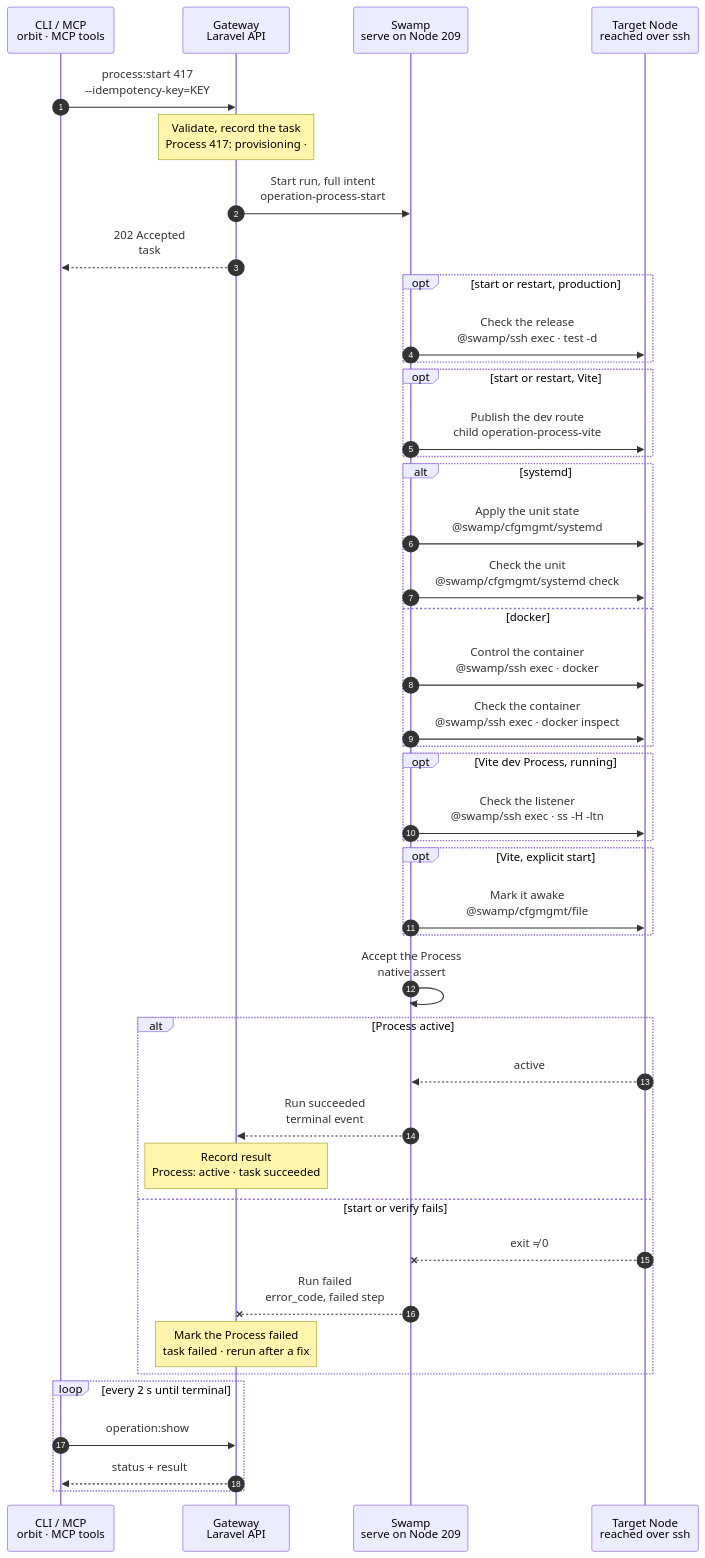
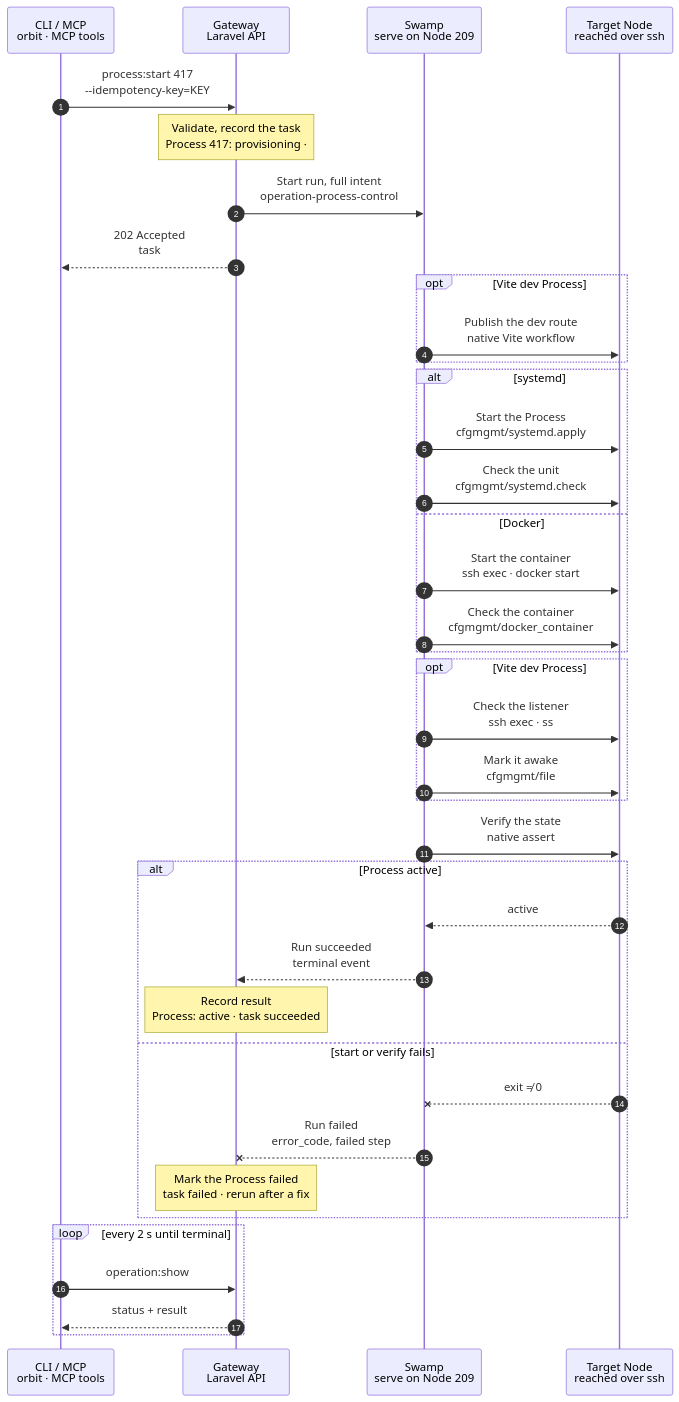
Before and after one commit to hardimpactdev/orbit: the diagram in docs/cli/process/start.mmd, drawn with Mermaid. The commit also changed 63 other files, not shown here.

```diff
--- a/docs/cli/process/start.mmd
+++ b/docs/cli/process/start.mmd
@@ -1,115 +1,96 @@
 sequenceDiagram
   %% Target design: ADR 0244 task, DECISIONS 4 + R1-R4 (process.stop shape: 209, @swamp/ssh, full intent as inputs).
-  %% status: draft
+  %% Tightened: flow-tighten 2026-11-02, rules 1-22 (one cfgmgmt systemd apply, its check as the end check, no shipped scripts; rule 21: only this command's branches).
+  %% status: migrated
   %% command: process:start
   %% kind: process.start
   autonumber
   %% lane CLI icon=terminal pill=caller tone=gray
   %% lane GW icon=gateway pill=intent tone=blue
   %% lane SW icon=workflow pill=executes tone=green
   %% lane N icon=server pill=target tone=amber
   participant CLI as CLI / MCP<br/>orbit · MCP tools
   participant GW as Gateway<br/>Laravel API
   participant SW as Swamp<br/>serve on Node 209
   participant N as Target Node<br/>reached over ssh
   CLI->>GW: process:start 417<br/>--idempotency-key=KEY
   %%> Command:
   %%> - `orbit process:start 417`
   %%> - syntax: `process:start <process> [--idempotency-key=KEY] [--json]`
   %%> Input:
   %%> - the numeric Process ID from `process:list`
   %%> Who can call it:
   %%> - the `orbit` CLI and the MCP tool send the same request
   Note over GW: Validate, record the task<br/>Process 417: provisioning · #5130
   %%> Requirements:
   %%> - your Node has an access grant to the Node that runs Process 417
   %%> - Process 417 exists and is not being removed
-  %%> - the Process can start: it is installed on its Node
+  %%> - a production Process's release is checked against the recorded releases, not on the Node
   %%> Result:
   %%> - task #5130 recorded with the full intent: unit or container name, runtime, on-demand flag, Vite plan
   %%> - Process 417 marked provisioning; its desired state does not change yet
   %%> - nothing has happened on the Node yet
-  GW->>SW: Start run, full intent<br/>operation-process-start
+  GW->>SW: Start run, full intent<br/>operation-process-control
   %%> What it does:
   %%> - starts one Swamp run on serve (Node 209); every step runs there
   %%> Inputs:
   %%> - `kind`: process.start
   %%> - the Process unit or container name, runtime and on-demand flag
   %%> - the Node's address and SSH host keys; the SSH identity comes from the `swamp` role
-  %%> - for a production Instance, its release directory
-  %%> - for a Vite dev Process, the Vite plan and the Caddy publication for its Route
+  %%> Checked by the input schema:
+  %%> - no step reads or re-checks the intent
   GW-->>CLI: 202 Accepted<br/>task #5130
   %%> What you get:
   %%> - the task number, at once
   %%> Next:
   %%> - the CLI follows the task with `operation:show`
-  opt start or restart, production
-    SW->>N: Check the release<br/>@swamp/ssh exec · test -d
-    %%> What it does:
-    %%> - checks the admitted release directory before starting
-  end
-  opt start or restart, Vite
-    SW->>N: Publish the dev route<br/>child operation-process-vite
-    %%> What it does:
-    %%> - prepares the Vite environment and publishes the Route
+  opt Vite dev Process
+    SW->>N: Publish the dev route<br/>native Vite workflow
   end
   alt systemd
-    SW->>N: Apply the unit state<br/>@swamp/cfgmgmt/systemd
-    %%> What it does:
-    %%> - converges boot policy and running state; on-demand starts stay disabled
-    SW->>N: Check the unit<br/>@swamp/cfgmgmt/systemd check
-    %%> Result:
-    %%> - records the running and boot state for the native end check
-  else docker
-    SW->>N: Control the container<br/>@swamp/ssh exec · docker
-    %%> What it does:
-    %%> - starts, stops or restarts the admitted container once
-    SW->>N: Check the container<br/>@swamp/ssh exec · docker inspect
-    %%> Result:
-    %%> - records the container state for the native end check
+    SW->>N: Start the Process<br/>cfgmgmt/systemd.apply
+    SW->>N: Check the unit<br/>cfgmgmt/systemd.check
+  else Docker
+    SW->>N: Start the container<br/>ssh exec · docker start
+    SW->>N: Check the container<br/>cfgmgmt/docker_container
   end
-  opt Vite dev Process, running
-    SW->>N: Check the listener<br/>@swamp/ssh exec · ss -H -ltn
-    %%> Result:
-    %%> - requires a listener before marking the Instance awake; no ownership check
+  opt Vite dev Process
+    SW->>N: Check the listener<br/>ssh exec · ss
+    SW->>N: Mark it awake<br/>cfgmgmt/file
   end
-  opt Vite, explicit start
-    SW->>N: Mark it awake<br/>@swamp/cfgmgmt/file
-    %%> What it does:
-    %%> - creates the awake marker after the Process is running
-  end
-  SW->>SW: Accept the Process<br/>native assert
-  %%> What it does:
-  %%> - accepts only the expected runtime and boot state
+  SW->>N: Verify the state<br/>native assert
+  %%> The pinned checks report compliance; native assert fails the run on drift.
   alt Process active
     N-->>SW: active
     %%> Returns:
     %%> - the Process is active
     SW-->>GW: Run succeeded<br/>terminal event
     %%> How the Gateway learns it:
-    %%> - its shared run reader sees the terminal event and reads the result step once; Swamp never calls the Gateway
+    %%> - its shared run reader sees the terminal event and reads the end check's output; Swamp never calls the Gateway
     Note over GW: Record result<br/>Process: active · task succeeded
     %%> Result:
     %%> - Process 417 desired state becomes running; its status becomes active
     %%> - task #5130 succeeds with the observed state
   else start or verify fails
     N--xSW: exit ≠ 0
     %%> When:
     %%> - SSH fails, the unit is missing, or the state does not match
+    %%> How:
+    %%> - the failing step ends the run with its own exit code; there is no report step
     SW--xGW: Run failed<br/>error_code, failed step
     %%> The Gateway reads:
-    %%> - which step failed and its error code
+    %%> - which step failed and its exit code, mapped to `error_code`
     Note over GW: Mark the Process failed<br/>task failed · rerun after a fix
     %%> Result:
     %%> - Process 417 is marked failed with the error code; its desired state does not change
     %%> - task #5130 fails
-    %%> - there is no rollback; run the same command again after fixing the cause
+    %%> - there is no rollback and nothing to clean up; run the same command again after fixing the cause
   end
   loop every 2 s until terminal
     CLI->>GW: operation:show #5130
     %%> What it does:
     %%> - asks for the task status every 2 seconds until it has ended
     GW-->>CLI: status + result
     %%> Returns:
     %%> - the current status, and the result once the task has ended
   end
```
